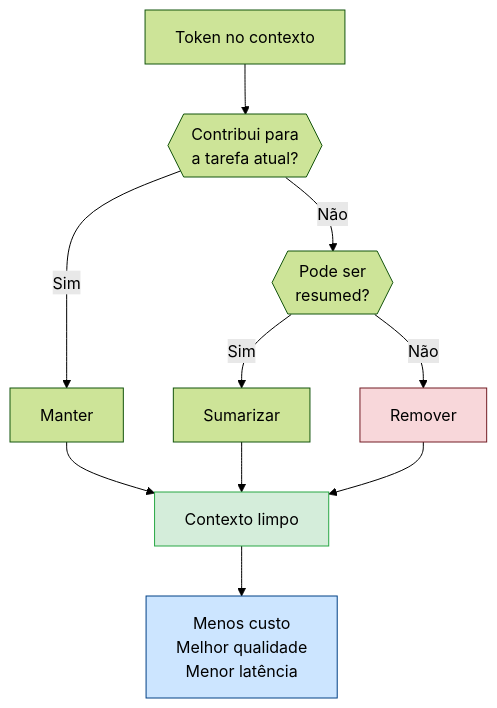
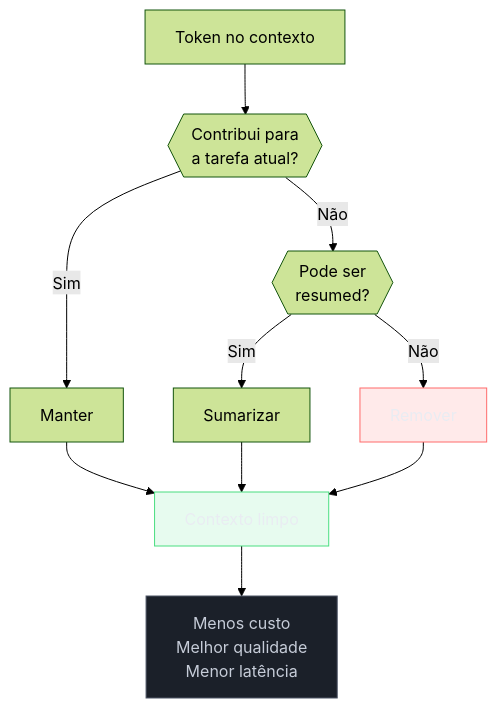
Before and after one commit to josenaldo/codex-technomanticus: the first of 2 diagrams in 03-Dominios/Tecnologia/IA/Economia de Tokens/06 - Context pruning — o que remover do prompt.md, drawn with Mermaid (forest theme). The commit also changed other lines of this file and 1181 other files, not shown here.

First line of the commit message:
fix(diagramas): paleta do sistema no lugar de cor cravada no markdown

````diff
--- a/03-Dominios/Tecnologia/IA/Economia de Tokens/06 - Context pruning — o que remover do prompt.md
+++ b/03-Dominios/Tecnologia/IA/Economia de Tokens/06 - Context pruning — o que remover do prompt.md
@@ -35,18 +35,21 @@
 ```mermaid
 flowchart TD
+    classDef ok fill:#4ADE8021,stroke:#4ADE80,color:#E9ECF2
+    classDef neutro fill:#1B2029,stroke:#4E5666,color:#C6CCD8
+    classDef falha fill:#FF6B6B24,stroke:#FF6B6B,color:#E9ECF2
     A["Token no contexto"] --> B{{"Contribui para\na tarefa atual?"}}
     B -- "Sim" --> C["Manter"]
     B -- "Não" --> D{{"Pode ser\nresumed?"}}
     D -- "Sim" --> E["Sumarizar"]
     D -- "Não" --> F["Remover"]
     
     C --> G["Contexto limpo"]
     E --> G
     F --> G
     
     G --> H["Menos custo\nMelhor qualidade\nMenor latência"]
 
-    style G fill:#d4edda,stroke:#28a745
-    style H fill:#cce5ff,stroke:#004085
-    style F fill:#f8d7da,stroke:#721c24
+    class G ok
+    class H neutro
+    class F falha
 ```
````
